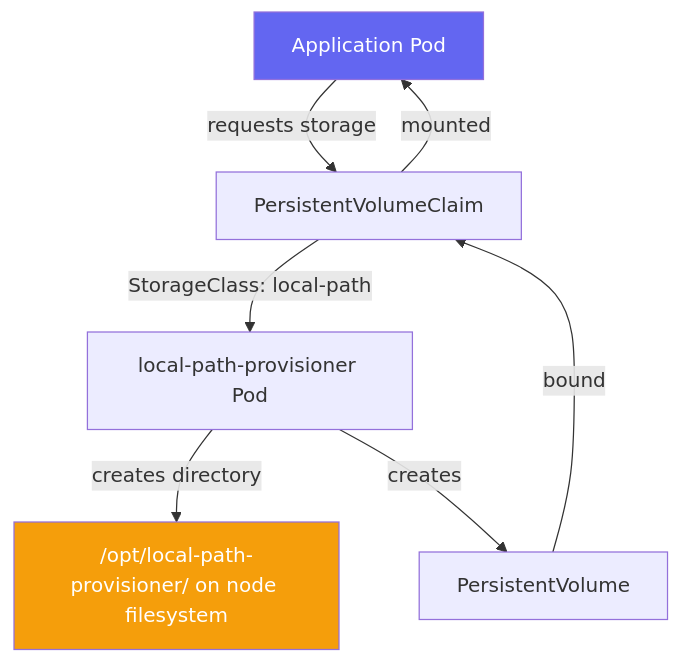
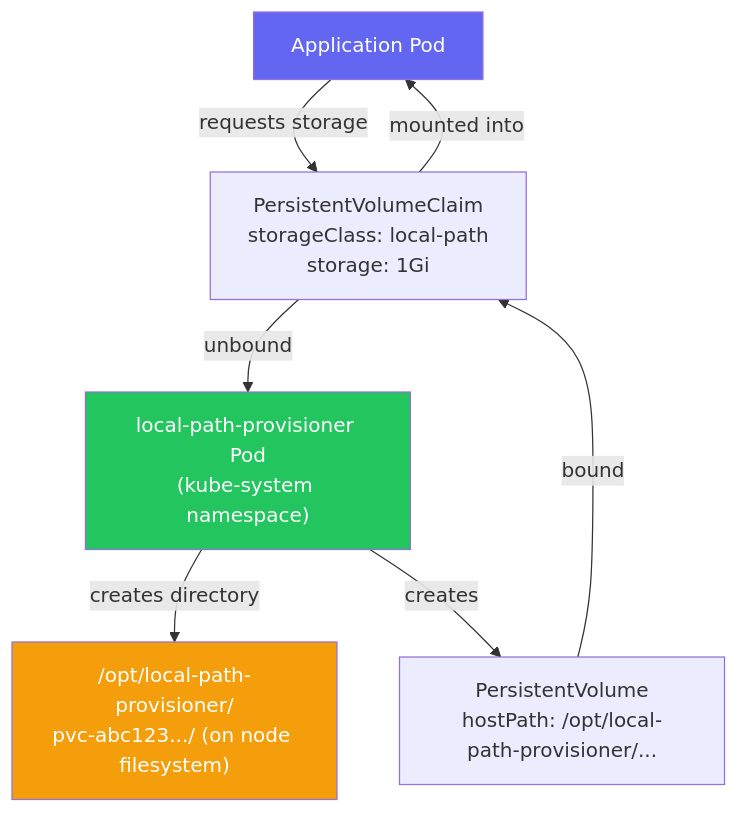
One commit to UncleJS/course_k3s changed the first of 5 diagrams in 05_storage/01_local_path_provisioner.md. Above: the diagram before and after it, drawn with Mermaid. The commit also changed other lines of this file and 45 other files, not shown here.

First line of the commit message:
Expand all course lessons: Mermaid diagrams + rich prose across 43 files

````diff
--- a/05_storage/01_local_path_provisioner.md
+++ b/05_storage/01_local_path_provisioner.md
@@ -30,12 +34,13 @@
 ```mermaid
 flowchart TD
-    APP[Application Pod] -->|"requests storage"| PVC[PersistentVolumeClaim]
-    PVC -->|"StorageClass: local-path"| PROV[local-path-provisioner Pod]
-    PROV -->|"creates directory"| DIR["/opt/local-path-provisioner/<uuid> on node filesystem"]
-    PROV -->|"creates"| PV[PersistentVolume]
+    APP["Application Pod"] -->|"requests storage"| PVC["PersistentVolumeClaim<br/>storageClass: local-path<br/>storage: 1Gi"]
+    PVC -->|"unbound"| PROV["local-path-provisioner Pod<br/>(kube-system namespace)"]
+    PROV -->|"creates directory"| DIR["/opt/local-path-provisioner/<br/>pvc-abc123.../ (on node filesystem)"]
+    PROV -->|"creates"| PV["PersistentVolume<br/>hostPath: /opt/local-path-provisioner/..."]
     PV -->|"bound"| PVC
-    PVC -->|"mounted"| APP
+    PVC -->|"mounted into"| APP
 
     style APP fill:#6366f1,color:#fff
     style DIR fill:#f59e0b,color:#fff
+    style PROV fill:#22c55e,color:#fff
 ```
````
